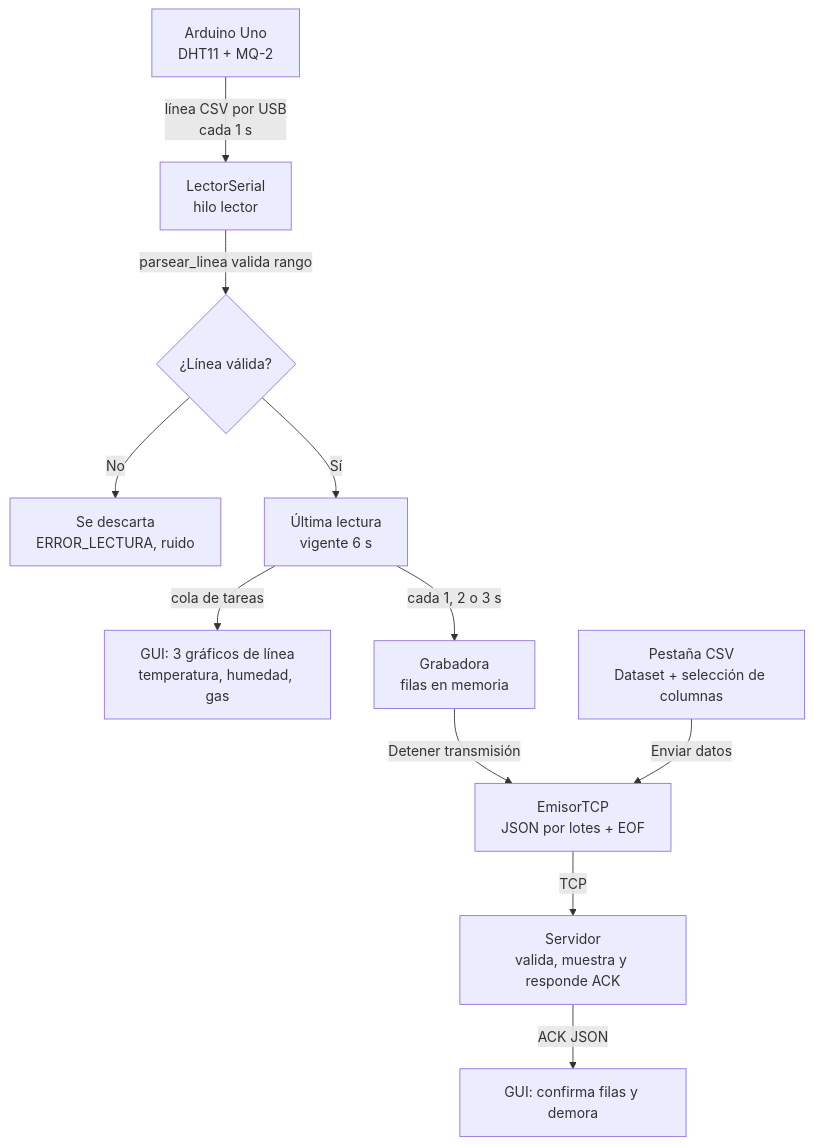
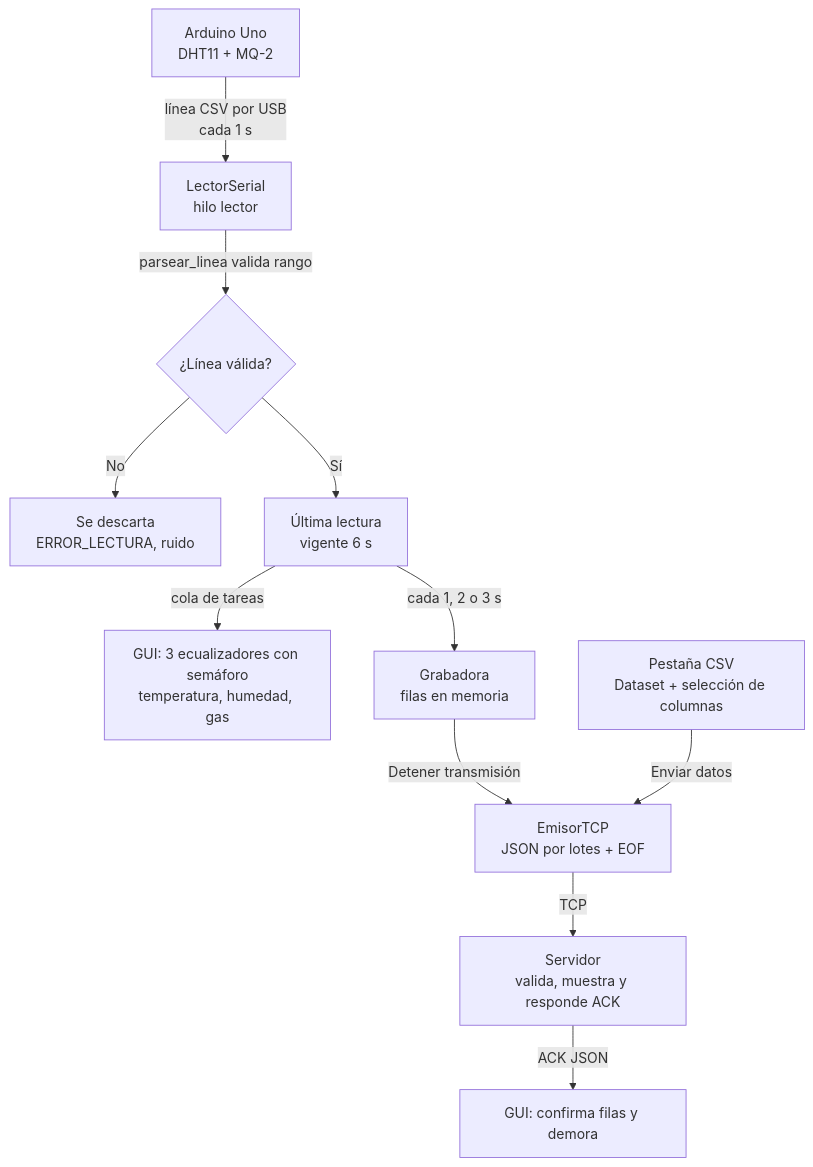
Before and after one commit to cescalantea/bigdata_evaluacion2: the first of 7 diagrams in docs/flujo_logico_arduino.md, drawn with Mermaid. The commit also changed other lines of this file and 5 other files, not shown here.

First line of the commit message:
Cambia los gráficos a ecualizadores de una barra con semáforo de niveles

````diff
--- a/docs/flujo_logico_arduino.md
+++ b/docs/flujo_logico_arduino.md
@@ -16,13 +16,13 @@
 ```mermaid
 flowchart TD
     A["Arduino Uno<br/>DHT11 + MQ-2"] -->|"línea CSV por USB<br/>cada 1 s"| B["LectorSerial<br/>hilo lector"]
     B -->|"parsear_linea valida rango"| C{"¿Línea válida?"}
     C -->|No| D["Se descarta<br/>ERROR_LECTURA, ruido"]
     C -->|Sí| E["Última lectura<br/>vigente 6 s"]
-    E -->|"cola de tareas"| F["GUI: 3 gráficos de línea<br/>temperatura, humedad, gas"]
+    E -->|"cola de tareas"| F["GUI: 3 ecualizadores con semáforo<br/>temperatura, humedad, gas"]
     E -->|"cada 1, 2 o 3 s"| G["Grabadora<br/>filas en memoria"]
     G -->|"Detener transmisión"| H["EmisorTCP<br/>JSON por lotes + EOF"]
     I["Pestaña CSV<br/>Dataset + selección de columnas"] -->|"Enviar datos"| H
     H -->|"TCP"| J["Servidor<br/>valida, muestra y responde ACK"]
     J -->|"ACK JSON"| K["GUI: confirma filas y demora"]
 ```
````
